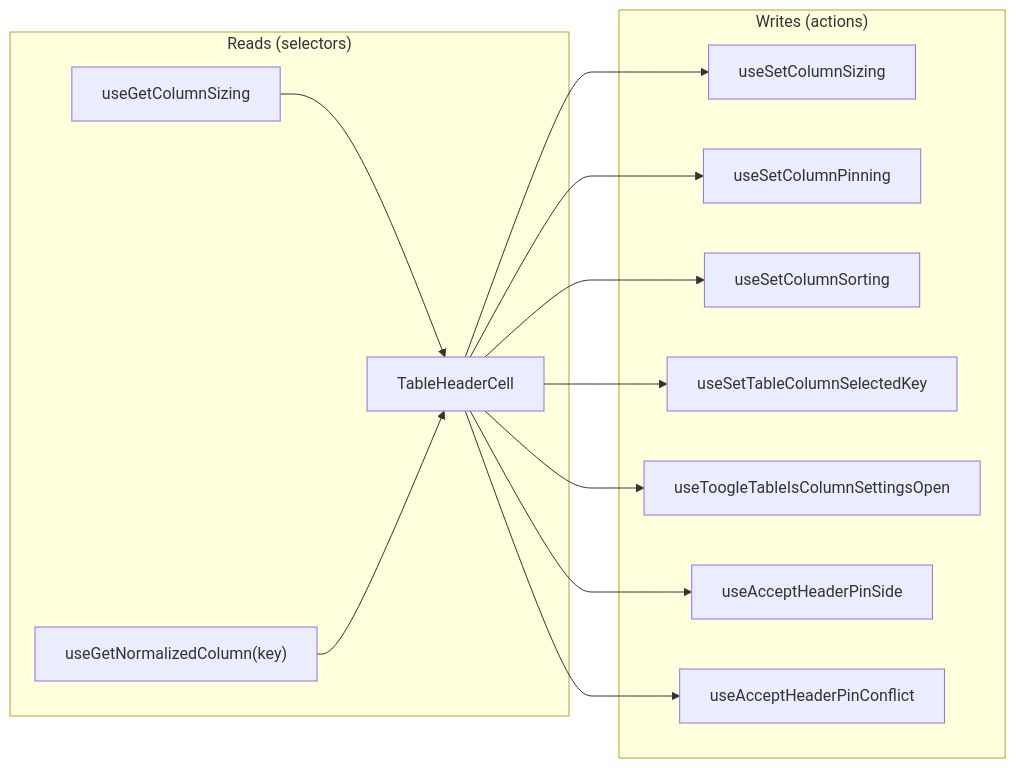
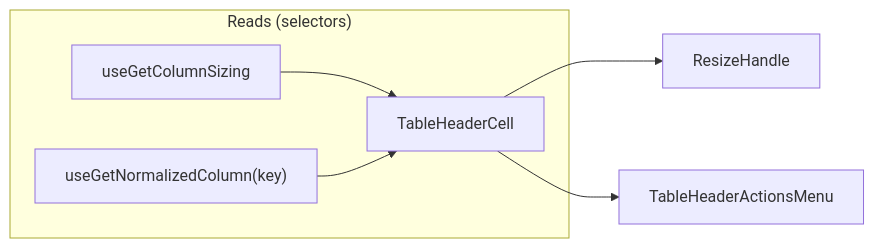
One commit to luciocabrera/lcabrera-stack changed the diagram in packages/ui/src/components/Table/TableHeaderCell/ARCHITECTURE.md. Above: the diagram before and after it, drawn with Mermaid. The commit also changed other lines of this file and 92 other files, not shown here.

````diff
--- a/packages/ui/src/components/Table/TableHeaderCell/ARCHITECTURE.md
+++ b/packages/ui/src/components/Table/TableHeaderCell/ARCHITECTURE.md
@@ -38,19 +45,12 @@
 ```mermaid
 graph LR
   subgraph "Reads (selectors)"
     S1["useGetColumnSizing"] --> THC
     S2["useGetNormalizedColumn(key)"] --> THC
   end
 
   THC["TableHeaderCell"]
 
-  subgraph "Writes (actions)"
-    THC --> A1["useSetColumnSizing"]
-    THC --> A2["useSetColumnPinning"]
-    THC --> A3["useSetColumnSorting"]
-    THC --> A4["useSetTableColumnSelectedKey"]
-    THC --> A5["useToogleTableIsColumnSettingsOpen"]
-    THC --> A6["useAcceptHeaderPinSide"]
-    THC --> A7["useAcceptHeaderPinConflict"]
-  end
+  THC --> RH["ResizeHandle"]
+  THC --> Menu["TableHeaderActionsMenu"]
 ```
````
